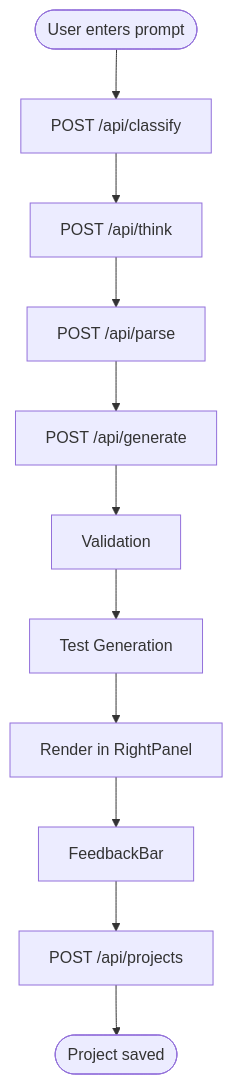
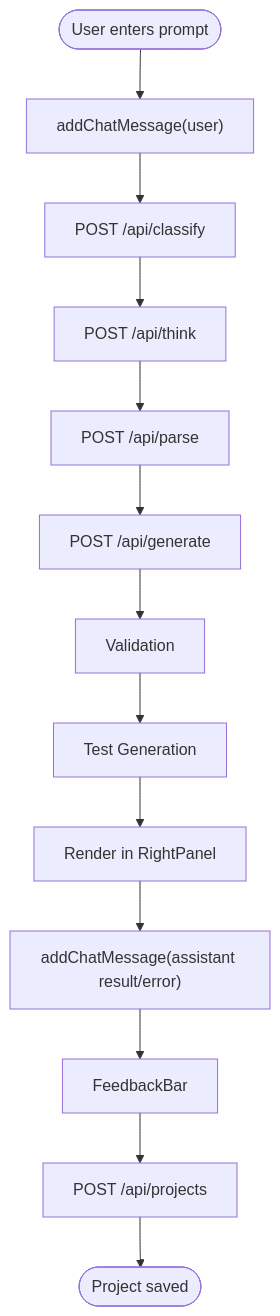
One commit to shekhargiri005-dotcom/AI-powered-accessibility-first-UI-engine changed the fourth of 10 diagrams in .qoder/repowiki/en/content/Architecture & Design/Layered Architecture/Presentation Layer.md. Above: the diagram before and after it, drawn with Mermaid. The commit also changed other lines of this file and 71 other files, not shown here.

````diff
--- a/.qoder/repowiki/en/content/Architecture & Design/Layered Architecture/Presentation Layer.md
+++ b/.qoder/repowiki/en/content/Architecture & Design/Layered Architecture/Presentation Layer.md
@@ -195,13 +222,15 @@
 ```mermaid
 flowchart TD
-Start(["User enters prompt"]) --> Classify["POST /api/classify"]
+Start(["User enters prompt"]) --> AddUserMsg["addChatMessage(user)"]
+AddUserMsg --> Classify["POST /api/classify"]
 Classify --> Think["POST /api/think"]
 Think --> Parse["POST /api/parse"]
 Parse --> Generate["POST /api/generate"]
 Generate --> Validate["Validation"]
 Validate --> Test["Test Generation"]
 Test --> Preview["Render in RightPanel"]
-Preview --> Feedback["FeedbackBar"]
+Preview --> AddAIMsg["addChatMessage(assistant result/error)"]
+AddAIMsg --> Feedback["FeedbackBar"]
 Feedback --> Persist["POST /api/projects"]
 Persist --> End(["Project saved"])
 ```
````
